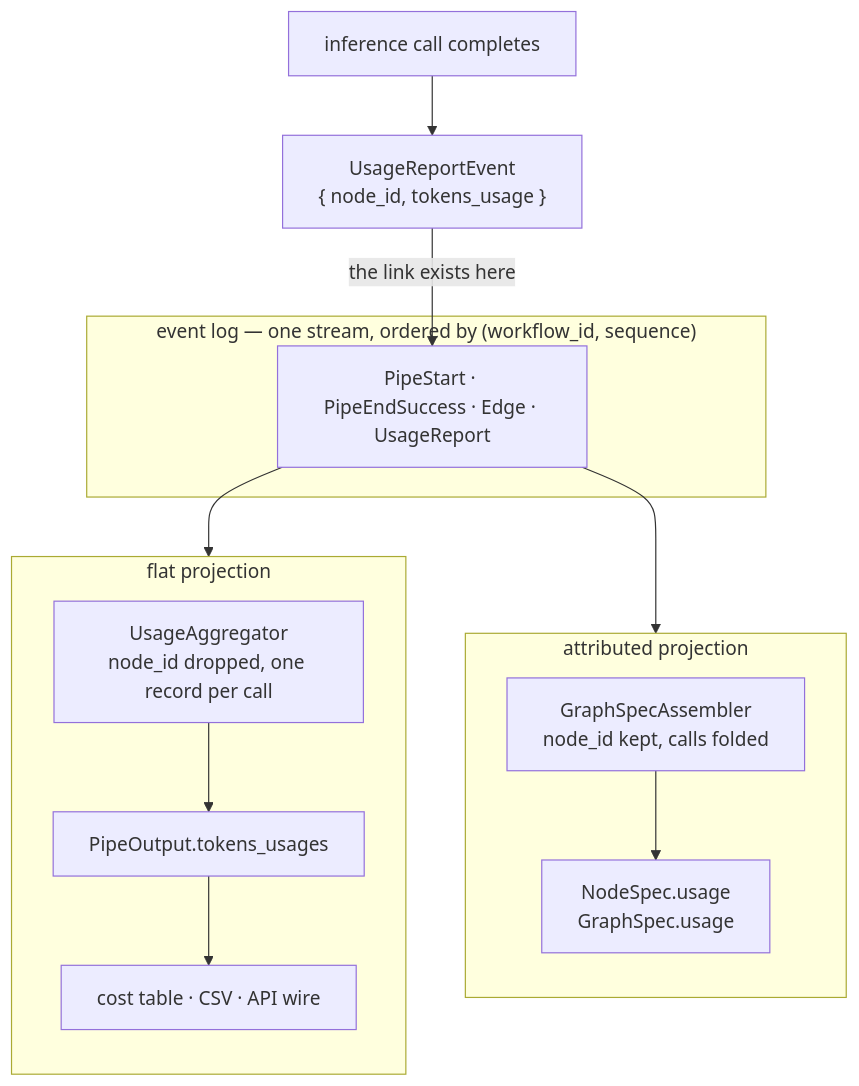
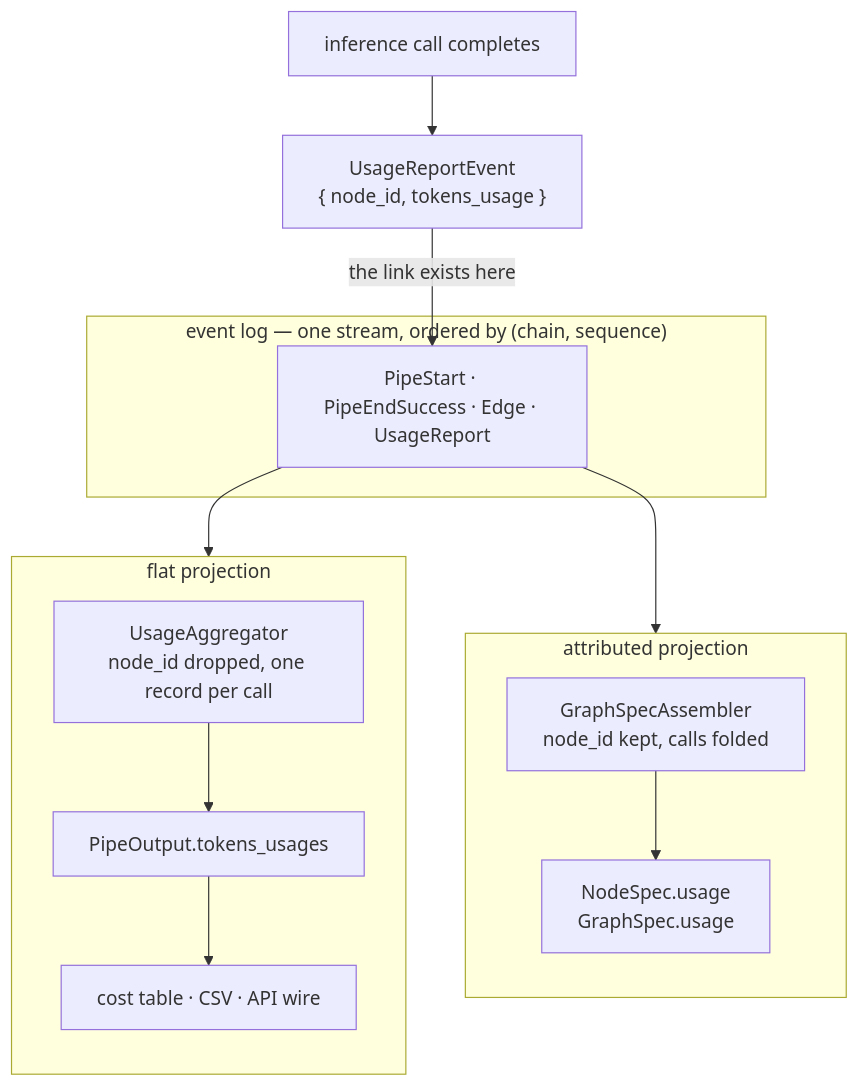
Before and after one commit to Pipelex/pipelex: the diagram in docs/under-the-hood/per-node-usage-attribution.md, drawn with Mermaid. The commit also changed other lines of this file and 79 other files, not shown here.

````diff
--- a/docs/under-the-hood/per-node-usage-attribution.md
+++ b/docs/under-the-hood/per-node-usage-attribution.md
@@ -19,30 +19,30 @@
 ```mermaid
 flowchart TB
     CALL["inference call completes"]
     EVENT["UsageReportEvent<br/>{ node_id, tokens_usage }"]
 
-    subgraph LOG["event log — one stream, ordered by (workflow_id, sequence)"]
+    subgraph LOG["event log — one stream, ordered by (chain, sequence)"]
         STREAM["PipeStart · PipeEndSuccess · Edge · UsageReport"]
     end
 
     subgraph ATTRIBUTED["attributed projection"]
         direction TB
         ASSEMBLER["GraphSpecAssembler<br/>node_id kept, calls folded"]
         GRAPH["NodeSpec.usage<br/>GraphSpec.usage"]
     end
 
     subgraph FLATTENED["flat projection"]
         direction TB
         AGGREGATOR["UsageAggregator<br/>node_id dropped, one record per call"]
         FLAT["PipeOutput.tokens_usages"]
         SINKS["cost table · CSV · API wire"]
     end
 
     CALL --> EVENT
     EVENT -- "the link exists here" --> STREAM
     STREAM --> ASSEMBLER
     STREAM --> AGGREGATOR
     ASSEMBLER --> GRAPH
     AGGREGATOR --> FLAT
     FLAT --> SINKS
 ```
````
